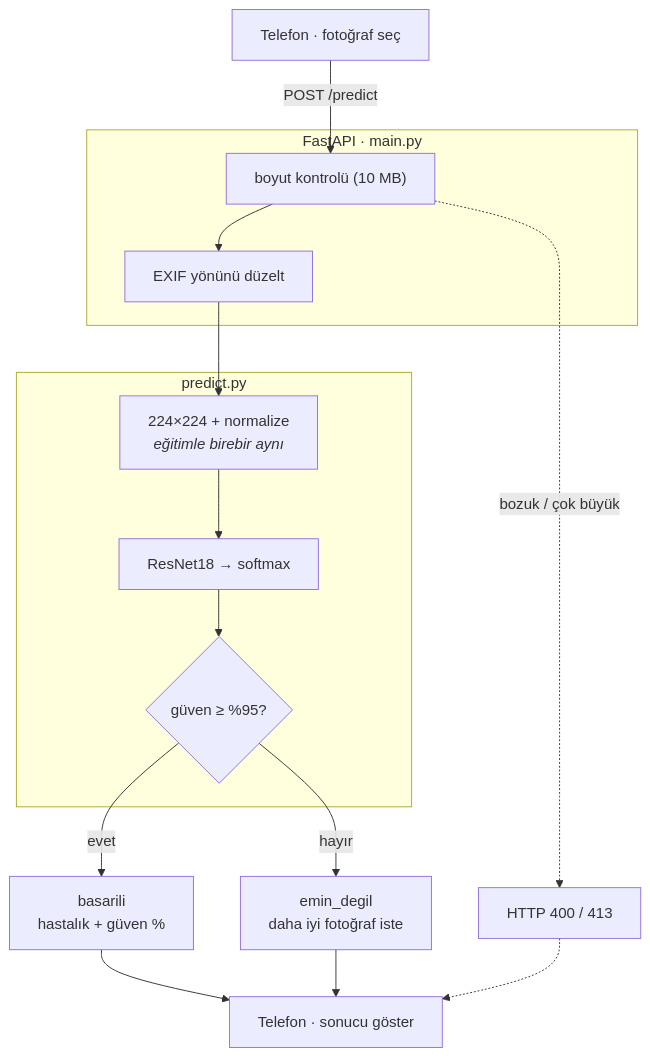
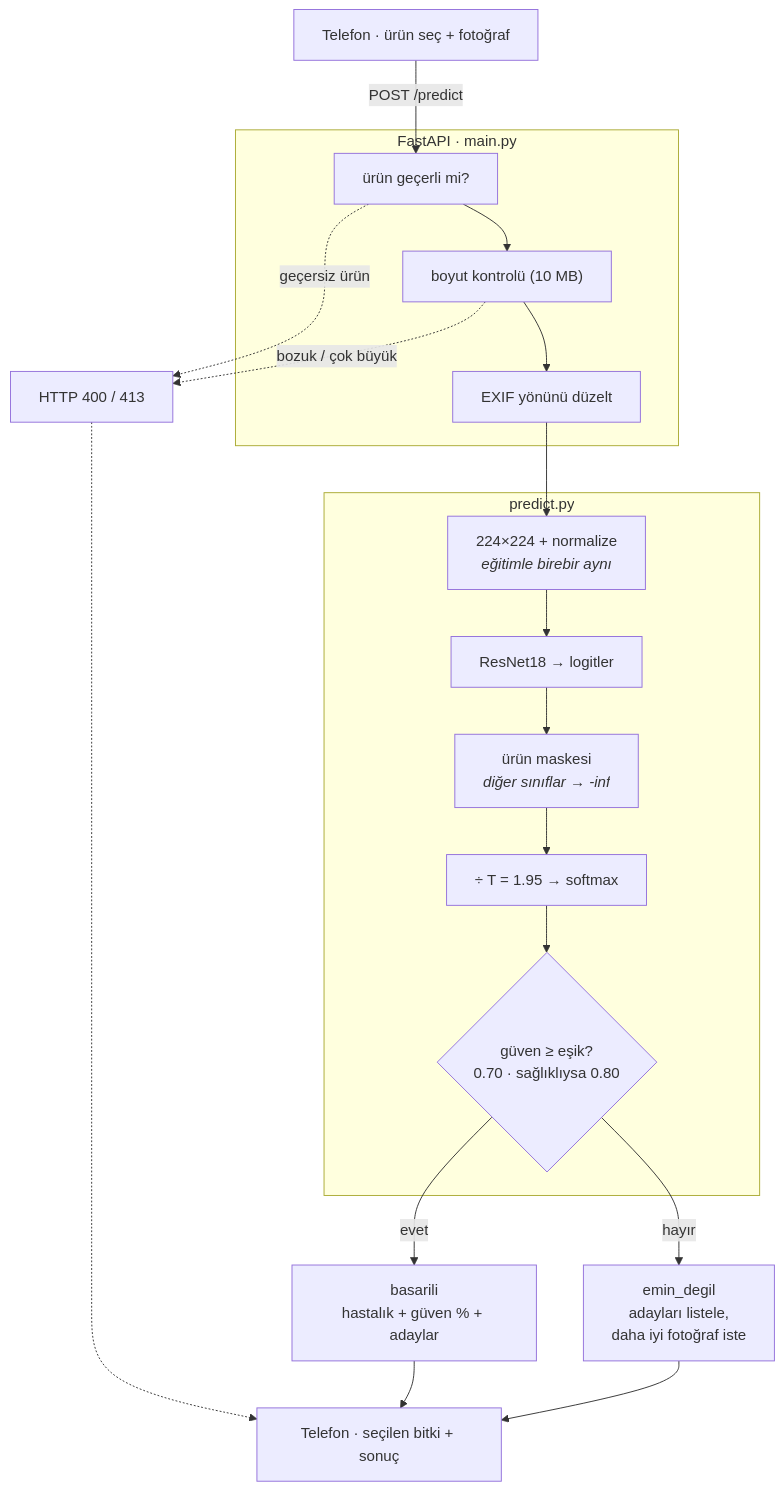
The diagram in README.md (yusufsmnc/bitki-hastalik-tespiti), drawn with Mermaid before and after one commit. The commit also changed other lines of this file, not shown here.

````diff
--- a/README.md
+++ b/README.md
@@ -359,32 +493,39 @@
 ```mermaid
 flowchart TD
-    A["Telefon · fotoğraf seç"]
+    A["Telefon · ürün seç + fotoğraf"]
 
     subgraph api["FastAPI &middot; main.py"]
-        B["boyut kontrolü (10 MB)"]
+        B["ürün geçerli mi?"]
+        B2["boyut kontrolü (10 MB)"]
         C["EXIF yönünü düzelt"]
     end
 
     subgraph tahmin["predict.py"]
         E["224×224 + normalize<br/><i>eğitimle birebir aynı</i>"]
-        G["ResNet18 → softmax"]
-        H{"güven ≥ %95?"}
+        G["ResNet18 → logitler"]
+        M["ürün maskesi<br/><i>diğer sınıflar → -inf</i>"]
+        T["÷ T = 1.95 → softmax"]
+        H{"güven ≥ eşik?<br/>0.70 · sağlıklıysa 0.80"}
     end
 
-    S["basarili<br/>hastalık + güven %"]
-    D["emin_degil<br/>daha iyi fotoğraf iste"]
+    S["basarili<br/>hastalık + güven % + adaylar"]
+    D["emin_degil<br/>adayları listele,<br/>daha iyi fotoğraf iste"]
     X["HTTP 400 / 413"]
-    Z["Telefon · sonucu göster"]
+    Z["Telefon · seçilen bitki + sonuç"]
 
     A -->|POST /predict| B
-    B --> C
-    B -.->|bozuk / çok büyük| X
+    B -.->|geçersiz ürün| X
+    B --> B2
+    B2 -.->|bozuk / çok büyük| X
+    B2 --> C
     C --> E
     E --> G
-    G --> H
+    G --> M
+    M --> T
+    T --> H
     H -->|evet| S
     H -->|hayır| D
     S --> Z
     D --> Z
     X -.-> Z
 ```
````
